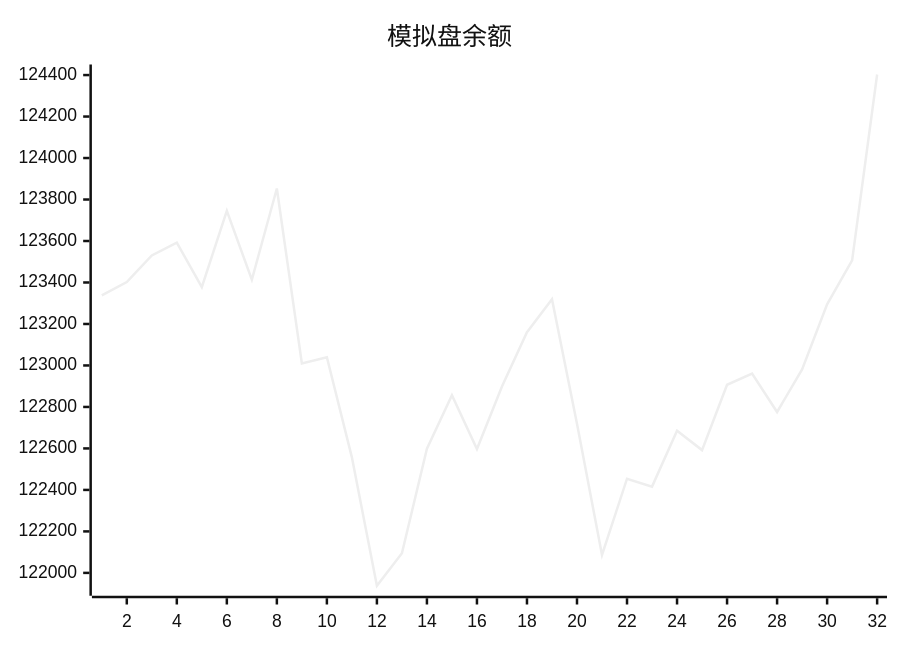
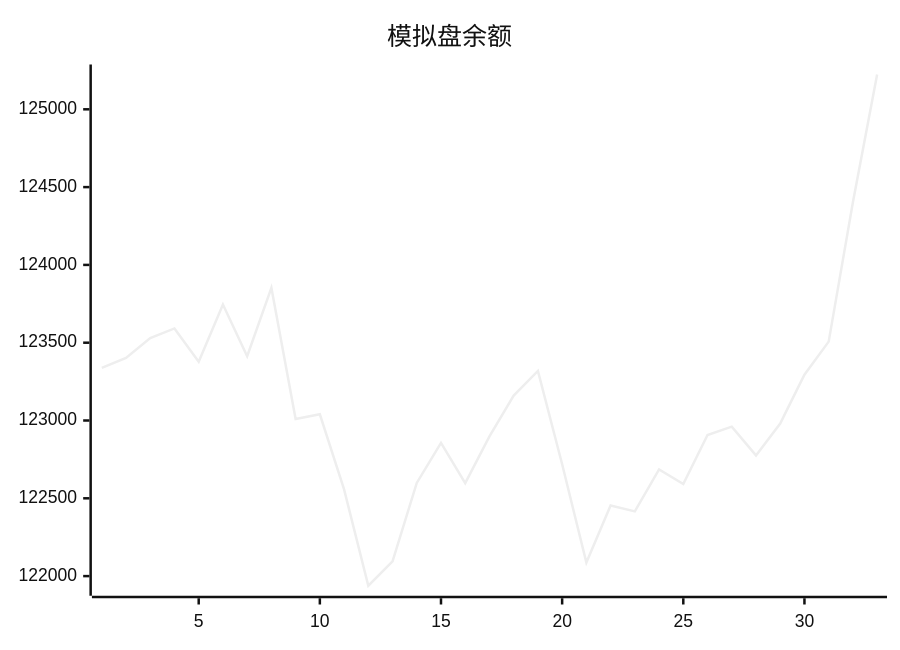
Before and after one commit to aahl/mcp-aktools: the diagram in trading/README.md, drawn with Mermaid (neutral theme). The commit also changed 1 other file, not shown here.

Commit message:
📈 Auto Trading Result

````diff
--- a/trading/README.md
+++ b/trading/README.md
@@ -3,5 +3,5 @@
 ```mermaid
 xychart
     title "模拟盘余额"
-    line [123337.9,123402.4,123530.3,123591.6,123377.9,123745.3,123413.3,123853.1,123009.4,123039.8,122557.0,121938.0,122094.6,122599.0,122856.1,122597.3,122898.1,123160.2,123318.8,122719.1,122086.7,122454.1,122415.9,122685.2,122591.9,122906.8,122960.7,122775.6,122980.9,123294.6,123507.0,124402.7]
+    line [123337.9,123402.4,123530.3,123591.6,123377.9,123745.3,123413.3,123853.1,123009.4,123039.8,122557.0,121938.0,122094.6,122599.0,122856.1,122597.3,122898.1,123160.2,123318.8,122719.1,122086.7,122454.1,122415.9,122685.2,122591.9,122906.8,122960.7,122775.6,122980.9,123294.6,123507.0,124402.7,125223.7]
 ```
````
